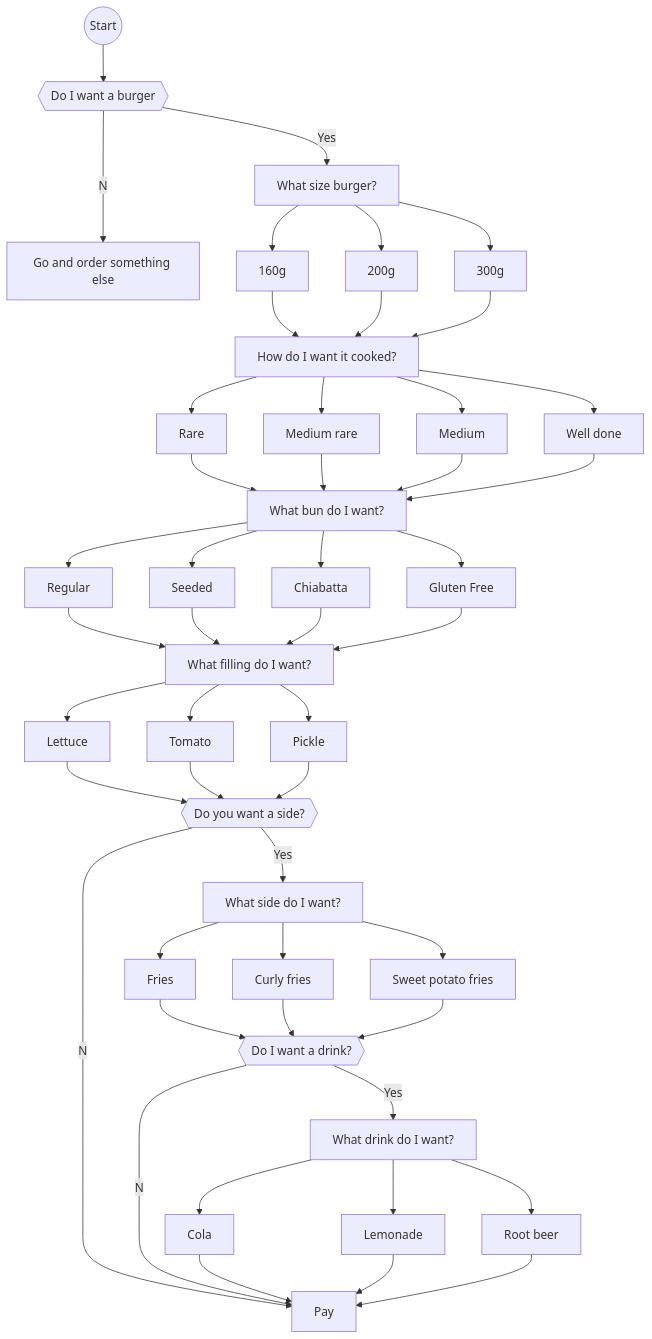
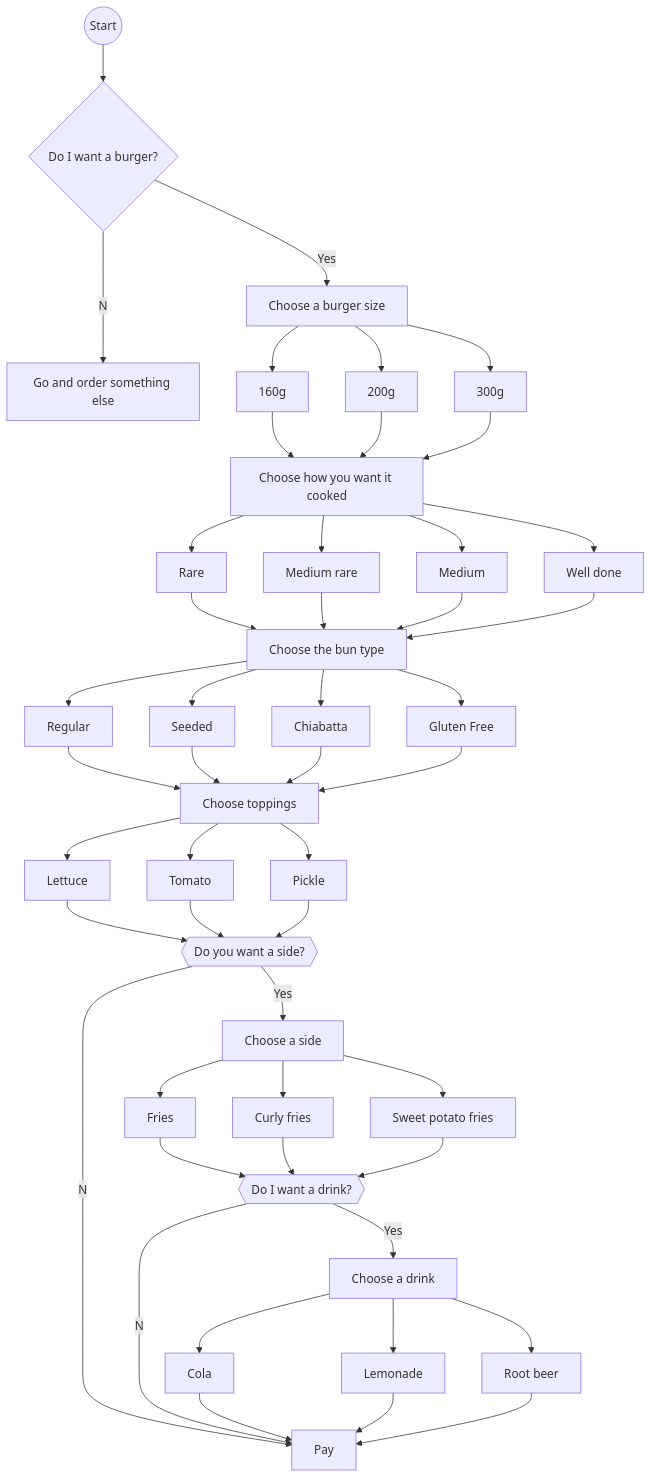
One commit to yusale9/student-showcase changed the diagram in student-work/2022/Jonathan-Kemp/api/Readme.md. Above: the diagram before and after it, drawn with Mermaid.

````diff
--- a/student-work/2022/Jonathan-Kemp/api/Readme.md
+++ b/student-work/2022/Jonathan-Kemp/api/Readme.md
@@ -5,82 +5,82 @@
 ```mermaid
 flowchart TD
 A((Start))
 A-->B
-B{{Do I want a burger}}
+B{Do I want a burger?}
 B--Yes-->C
 B--No-->D
 D[Go and order something else]
-C[What size burger?]
+C[Choose a burger size]
 C-->E
 C-->F
 C-->G
 E[160g]
 F[200g]
 G[300g]
 E-->H
 F-->H
 G-->H
-H[How do I want it cooked?]
+H[Choose how you want it cooked]
 H-->I
 H-->J
 H-->K
 H-->L
 I[Rare]
 J[Medium rare]
 K[Medium]
 L[Well done]
 I-->M
 J-->M
 K-->M
 L-->M
-M[What bun do I want?]
+M[Choose the bun type]
 M-->N
 M-->O
 M-->P
 M-->Q
 N[Regular]
 O[Seeded]
 P[Chiabatta]
 Q[Gluten Free]
 N-->R
 O-->R
 P-->R
 Q-->R
-R[What filling do I want?]
+R[Choose toppings]
 R-->S
 R-->T
 R-->U
 S[Lettuce]
 T[Tomato]
 U[Pickle]
 S-->V
 T-->V
 U-->V
 V{{Do you want a side?}}
 V--Yes-->X
 V--No-->AH
-X[What side do I want?]
+X[Choose a side]
 X-->Z
 X-->AA
 X-->AB
 Z[Fries]
 AA[Curly fries]
 AB[Sweet potato fries]
 Z-->AC
 AA-->AC
 AB-->AC
 AC{{Do I want a drink?}}
 AC--Yes-->AD
 AC--No-->AH
-AD[What drink do I want?]
+AD[Choose a drink]
 AD-->AE
 AD-->AF
 AD-->AG
 AE[Cola]
 AF[Lemonade]
 AG[Root beer]
 AE-->AH
 AF-->AH
 AG-->AH
 AH[Pay]
 ```
````
